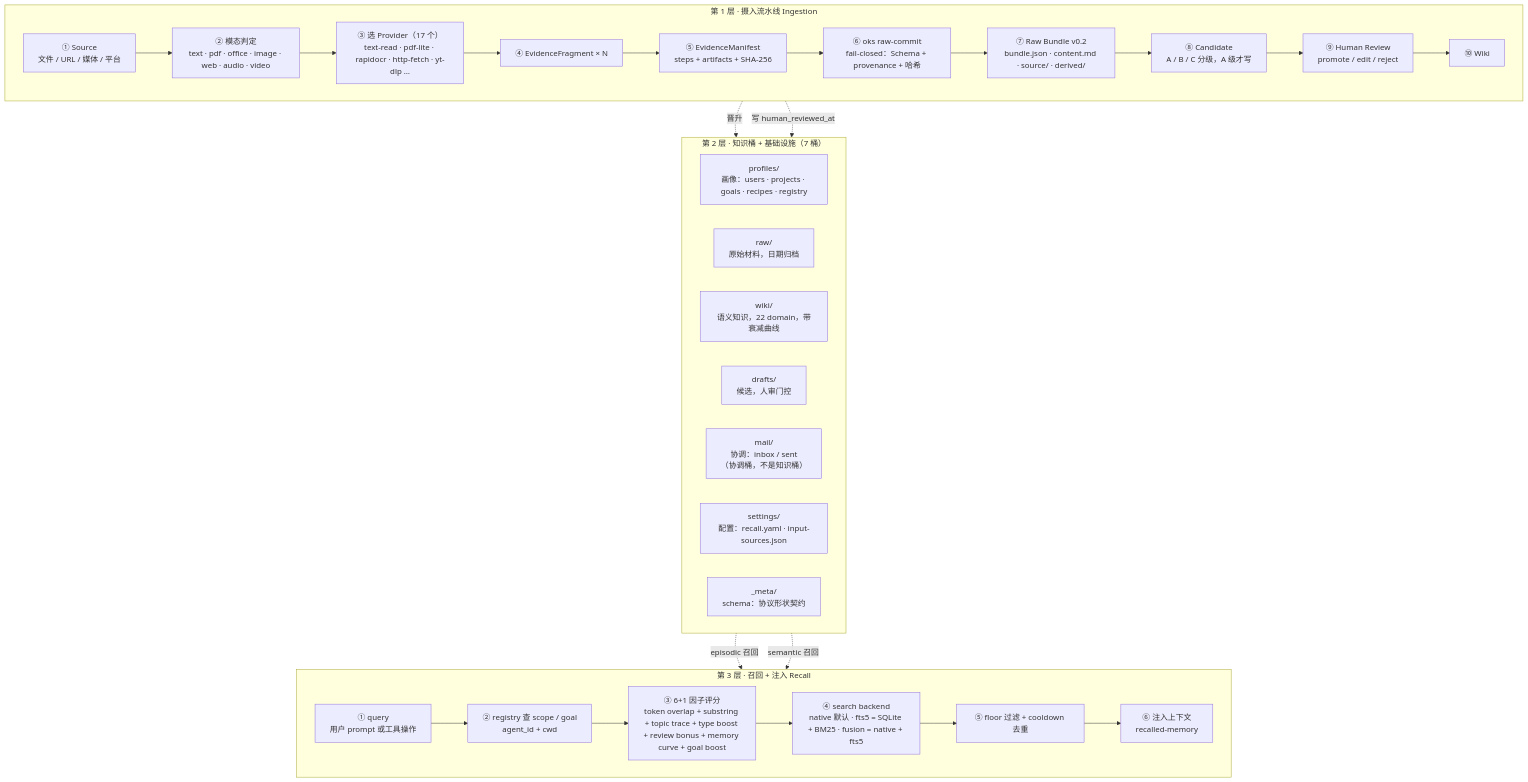
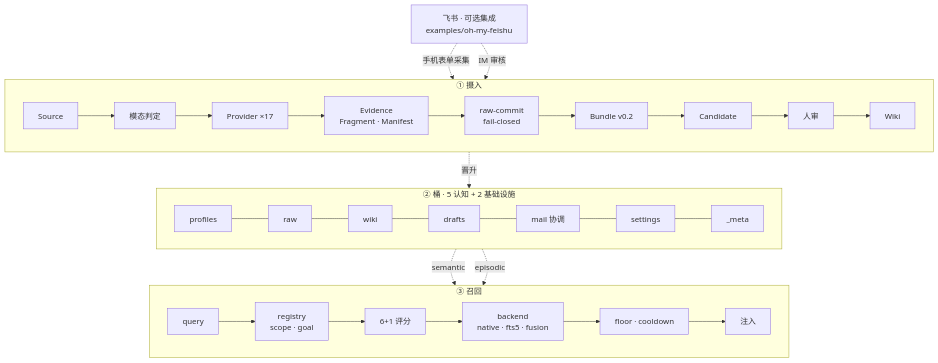
Before and after one commit to open-agent-power/open-knowledge-studio: the diagram in docs/concepts/architecture.md, drawn with Mermaid. The commit also changed other lines of this file, not shown here.

Commit message:
docs: slim architecture diagram and add feishu optional integration

````diff
--- a/docs/concepts/architecture.md
+++ b/docs/concepts/architecture.md
@@ -11,44 +11,24 @@
 ```mermaid
 flowchart TD
-    subgraph L1["第 1 层 · 摄入流水线 Ingestion"]
+    subgraph L1["① 摄入"]
         direction LR
-        src["① Source<br/>文件 / URL / 媒体 / 平台"]
-        mod["② 模态判定<br/>text · pdf · office · image · web · audio · video"]
-        prov["③ 选 Provider（17 个）<br/>text-read · pdf-lite · rapidocr · http-fetch · yt-dlp …"]
-        frag["④ EvidenceFragment × N"]
-        man["⑤ EvidenceManifest<br/>steps + artifacts + SHA-256"]
-        rc["⑥ oks raw-commit<br/>fail-closed：Schema + provenance + 哈希"]
-        rb["⑦ Raw Bundle v0.2<br/>bundle.json · content.md · source/ · derived/"]
-        cand["⑧ Candidate<br/>A / B / C 分级，A 级才写"]
-        hr["⑨ Human Review<br/>promote / edit / reject"]
-        wiki["⑩ Wiki"]
-        src --> mod --> prov --> frag --> man --> rc --> rb --> cand --> hr --> wiki
+        A[Source] --> B[模态判定] --> C[Provider ×17] --> D[Evidence<br/>Fragment · Manifest] --> E[raw-commit<br/>fail-closed] --> F[Bundle v0.2] --> G[Candidate] --> H[人审] --> I[Wiki]
     end
 
-    subgraph L2["第 2 层 · 知识桶 + 基础设施（7 桶）"]
+    subgraph L2["② 桶 · 5 认知 + 2 基础设施"]
         direction LR
-        prof["profiles/<br/>画像：users · projects · goals · recipes · registry"]
-        raw["raw/<br/>原始材料，日期归档"]
-        wiki2["wiki/<br/>语义知识，22 domain，带衰减曲线"]
-        drafts["drafts/<br/>候选，人审门控"]
-        mail["mail/<br/>协调：inbox / sent<br/>（协调桶，不是知识桶）"]
-        settings["settings/<br/>配置：recall.yaml · input-sources.json"]
-        meta["_meta/<br/>schema：协议形状契约"]
+        J[profiles] --- K[raw] --- L[wiki] --- M[drafts] --- N[mail 协调] --- O[settings] --- P[_meta]
     end
 
-    subgraph L3["第 3 层 · 召回 + 注入 Recall"]
+    subgraph L3["③ 召回"]
         direction LR
-        q["① query<br/>用户 prompt 或工具操作"]
-        reg["② registry 查 scope / goal<br/>agent_id + cwd"]
-        score["③ 6+1 因子评分<br/>token overlap + substring + topic trace + type boost + review bonus + memory curve + goal boost"]
-        backend["④ search backend<br/>native 默认 · fts5 = SQLite + BM25 · fusion = native + fts5"]
-        filt["⑤ floor 过滤 + cooldown 去重"]
-        inj["⑥ 注入上下文<br/>recalled-memory"]
-        q --> reg --> score --> backend --> filt --> inj
+        Q[query] --> R[registry<br/>scope · goal] --> S[6+1 评分] --> T[backend<br/>native · fts5 · fusion] --> U[floor · cooldown] --> V[注入]
     end
 
-    wiki -.->|晋升| wiki2
-    raw -.->|episodic 召回| q
-    wiki2 -.->|semantic 召回| q
-    hr -.->|写 human_reviewed_at| wiki2
+    I -.->|晋升| L
+    L -.->|semantic| Q
+    K -.->|episodic| Q
+
+    FSH[飞书 · 可选集成<br/>examples/oh-my-feishu] -.->|手机表单采集| B
+    FSH -.->|IM 审核| H
 ```
````
